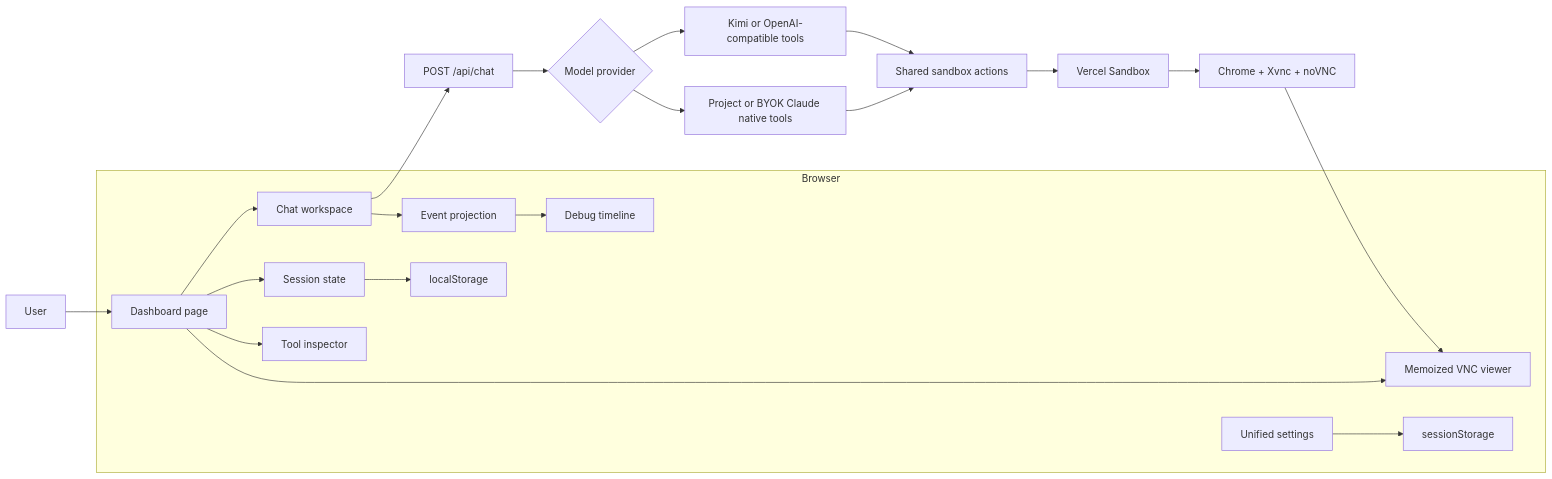
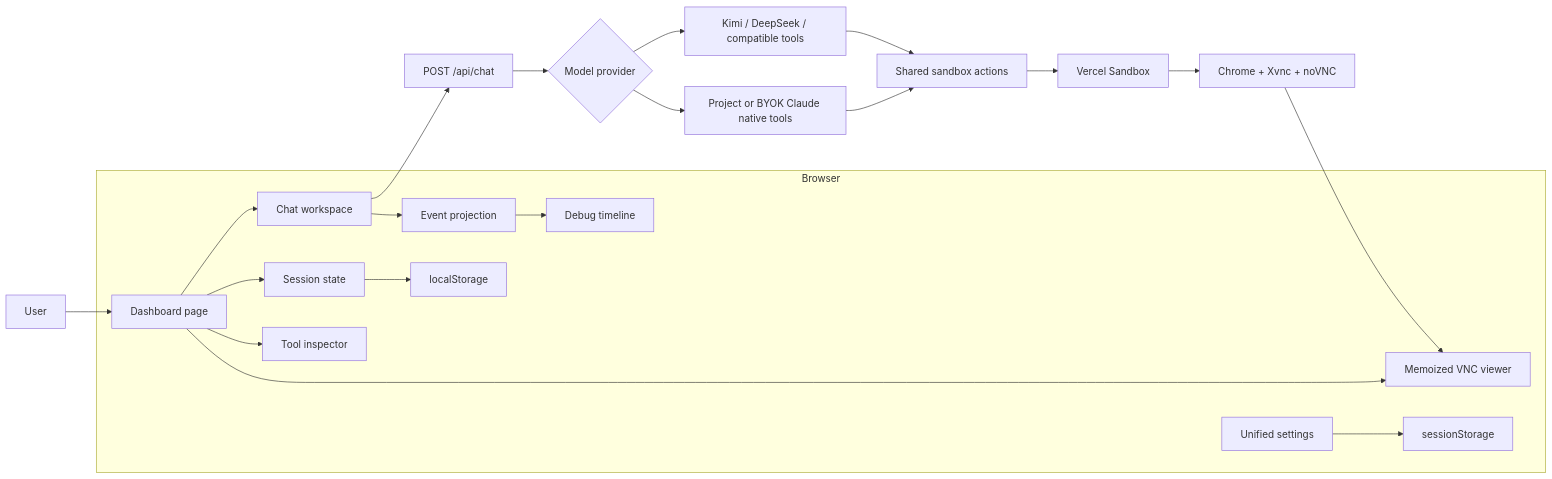
The first of 3 diagrams in repowiki.md (paulafanasyev/ai-agent-dashboard), drawn with Mermaid before and after one commit. The commit also changed other lines of this file and 15 other files, not shown here.

Commit message:
Configure DeepSeek thinking mode and refresh docs

````diff
--- a/repowiki.md
+++ b/repowiki.md
@@ -69,25 +70,25 @@
 ```mermaid
 flowchart LR
     User["User"] --> Dashboard["Dashboard page"]
 
     subgraph Browser["Browser"]
         Dashboard --> Sessions["Session state"]
         Dashboard --> Chat["Chat workspace"]
         Dashboard --> Viewer["Memoized VNC viewer"]
         Dashboard --> Inspector["Tool inspector"]
         Chat --> EventProjection["Event projection"]
         EventProjection --> Debug["Debug timeline"]
         Sessions --> LocalStorage["localStorage"]
         DashboardSettings["Unified settings"] --> SessionStorage["sessionStorage"]
     end
 
     Chat --> ChatRoute["POST /api/chat"]
     ChatRoute --> ModelRouter{"Model provider"}
     ModelRouter --> Claude["Project or BYOK Claude native tools"]
-    ModelRouter --> Compatible["Kimi or OpenAI-compatible tools"]
+    ModelRouter --> Compatible["Kimi / DeepSeek / compatible tools"]
     Claude --> Tools["Shared sandbox actions"]
     Compatible --> Tools
     Tools --> Sandbox["Vercel Sandbox"]
     Sandbox --> Desktop["Chrome + Xvnc + noVNC"]
     Desktop --> Viewer
 ```
````
